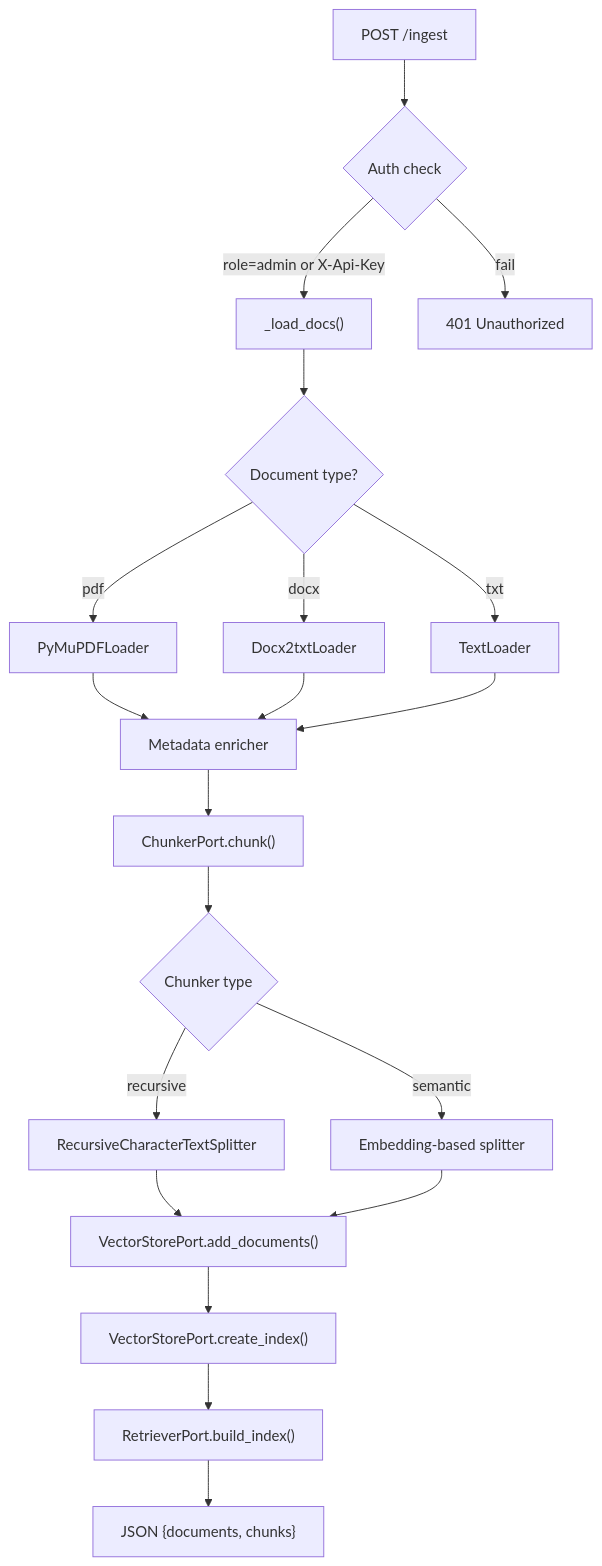
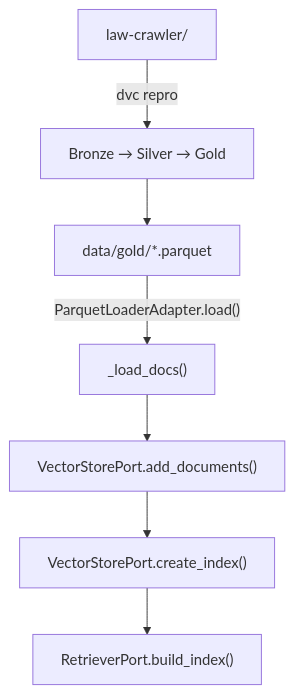
The third of 5 diagrams in docs/architecture.md (dunglk85/vn_law_qa), drawn with Mermaid before and after one commit. The commit also changed other lines of this file and 18 other files, not shown here.

````diff
--- a/docs/architecture.md
+++ b/docs/architecture.md
@@ -252,22 +253,9 @@
 ```mermaid
 flowchart TD
-    A["POST /ingest"] --> B{"Auth check"}
-    B -->|"role=admin or X-Api-Key"| C["_load_docs()"]
-    B -->|"fail"| X["401 Unauthorized"]
-    C --> D{"Document type?"}
-    D -->|pdf| E["PyMuPDFLoader"]
-    D -->|docx| F["Docx2txtLoader"]
-    D -->|txt| G["TextLoader"]
-    E --> H["Metadata enricher"]
-    F --> H
-    G --> H
-    H --> I["ChunkerPort.chunk()"]
-    I --> J{"Chunker type"}
-    J -->|recursive| K["RecursiveCharacterTextSplitter"]
-    J -->|semantic| L["Embedding-based splitter"]
-    K --> M["VectorStorePort.add_documents()"]
-    L --> M
-    M --> N["VectorStorePort.create_index()"]
-    N --> O["RetrieverPort.build_index()"]
-    O --> P["JSON {documents, chunks}"]
+    A["law-crawler/"] -->|"dvc repro"| B["Bronze → Silver → Gold"]
+    B --> C["data/gold/*.parquet"]
+    C -->|"ParquetLoaderAdapter.load()"| D["_load_docs()"]
+    D --> E["VectorStorePort.add_documents()"]
+    E --> F["VectorStorePort.create_index()"]
+    F --> G["RetrieverPort.build_index()"]
 ```
````
